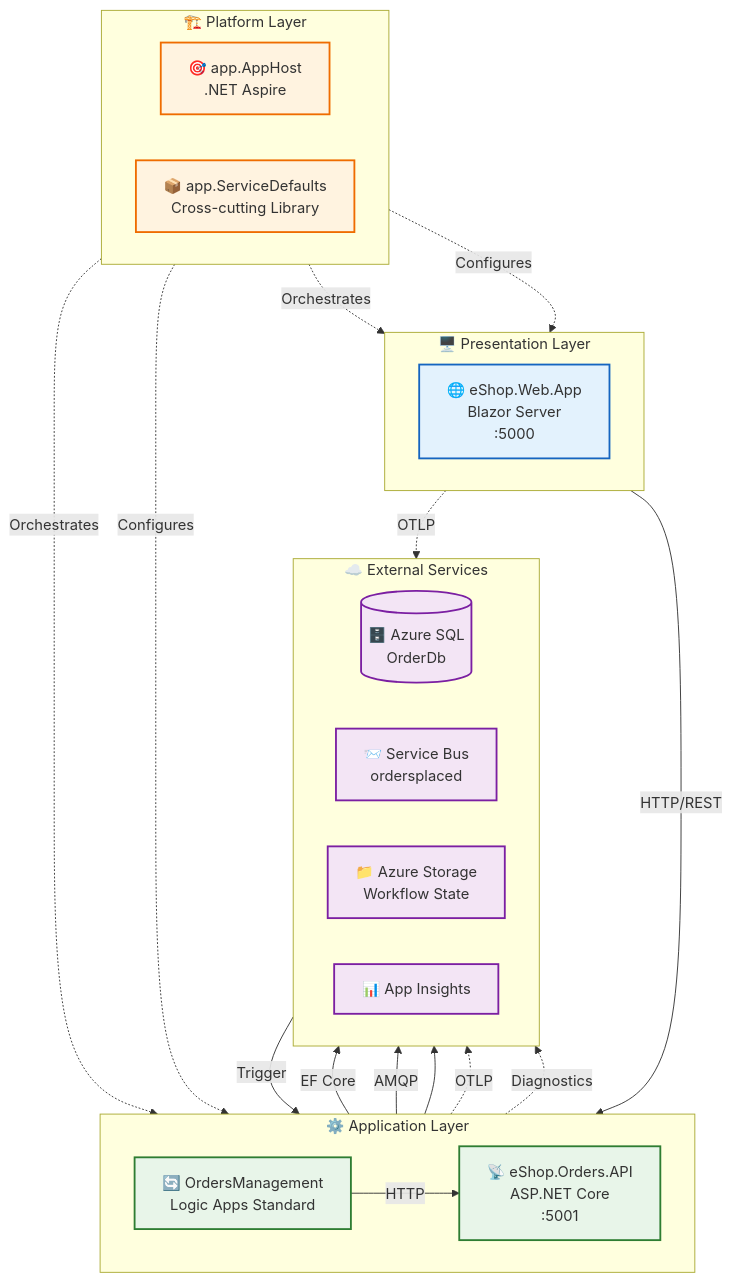
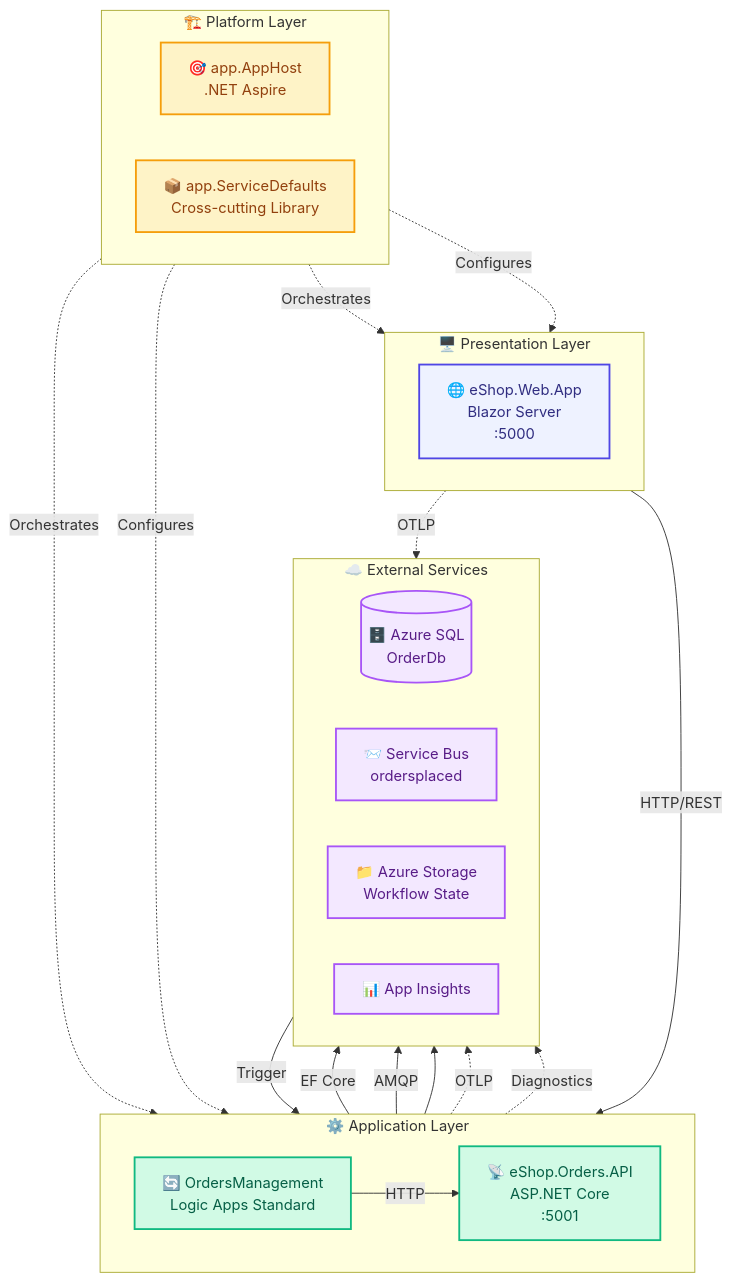
Before and after one commit to Evilazaro/Azure-LogicApps-Monitoring: the first of 6 diagrams in docs/architecture/03-application-architecture.md, drawn with Mermaid. The commit also changed other lines of this file and 4 other files, not shown here.

Commit message:
feat(docs): Enhance architecture documentation with detailed diagrams and modern color palette

````diff
--- a/docs/architecture/03-application-architecture.md
+++ b/docs/architecture/03-application-architecture.md
@@ -51,58 +51,60 @@
 ```mermaid
 flowchart TB
+    %% Application Landscape Map - Multi-layer application architecture
     subgraph Presentation["🖥️ Presentation Layer"]
         direction LR
         WebApp["🌐 eShop.Web.App<br/>Blazor Server<br/>:5000"]
     end
 
     subgraph Application["⚙️ Application Layer"]
         direction LR
         API["📡 eShop.Orders.API<br/>ASP.NET Core<br/>:5001"]
         LogicApp["🔄 OrdersManagement<br/>Logic Apps Standard"]
     end
 
     subgraph Platform["🏗️ Platform Layer"]
         direction LR
         Orchestrator["🎯 app.AppHost<br/>.NET Aspire"]
         SharedLib["📦 app.ServiceDefaults<br/>Cross-cutting Library"]
     end
 
     subgraph External["☁️ External Services"]
         direction LR
         DB[("🗄️ Azure SQL<br/>OrderDb")]
         Queue["📨 Service Bus<br/>ordersplaced"]
         Storage["📁 Azure Storage<br/>Workflow State"]
         Monitor["📊 App Insights"]
     end
 
     %% Synchronous flows
     WebApp -->|"HTTP/REST"| API
     API -->|"EF Core"| DB
     API -->|"AMQP"| Queue
     LogicApp -->|"HTTP"| API
 
     %% Async/Event flows
     Queue -->|"Trigger"| LogicApp
     LogicApp --> Storage
 
     %% Platform relationships
     Orchestrator -.->|"Orchestrates"| WebApp
     Orchestrator -.->|"Orchestrates"| API
     SharedLib -.->|"Configures"| WebApp
     SharedLib -.->|"Configures"| API
 
     %% Telemetry flows
     WebApp -.->|"OTLP"| Monitor
     API -.->|"OTLP"| Monitor
     LogicApp -.->|"Diagnostics"| Monitor
 
-    classDef presentation fill:#e3f2fd,stroke:#1565c0,stroke-width:2px
-    classDef application fill:#e8f5e9,stroke:#2e7d32,stroke-width:2px
-    classDef platform fill:#fff3e0,stroke:#ef6c00,stroke-width:2px
-    classDef external fill:#f3e5f5,stroke:#7b1fa2,stroke-width:2px
+    %% Modern color palette - WCAG AA compliant
+    classDef presentation fill:#EEF2FF,stroke:#4F46E5,stroke-width:2px,color:#312E81
+    classDef application fill:#D1FAE5,stroke:#10B981,stroke-width:2px,color:#065F46
+    classDef platform fill:#FEF3C7,stroke:#F59E0B,stroke-width:2px,color:#92400E
+    classDef external fill:#F3E8FF,stroke:#A855F7,stroke-width:2px,color:#581C87
 
     class WebApp presentation
     class API,LogicApp application
     class Orchestrator,SharedLib platform
     class DB,Queue,Storage,Monitor external
 ```
````
